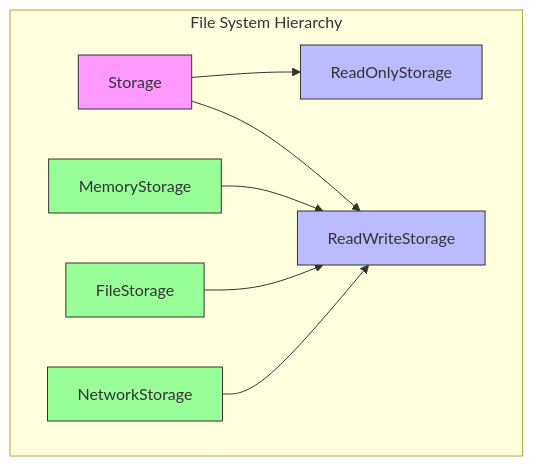
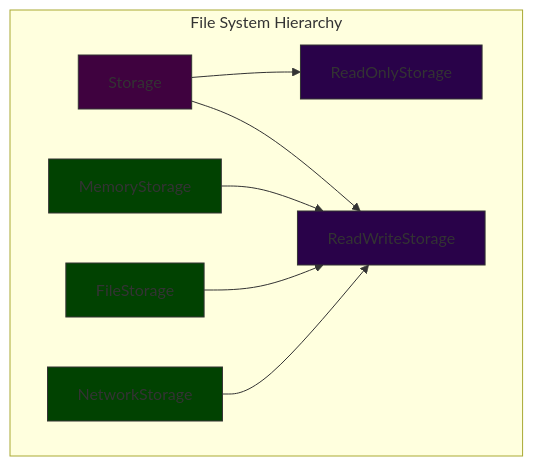
The third of 3 diagrams in LSP/README.md (hezronkimutai/solid_principles), drawn with Mermaid before and after one commit. The commit also changed other lines of this file and 5 other files, not shown here.

````diff
--- a/LSP/README.md
+++ b/LSP/README.md
@@ -188,16 +188,16 @@
 ```mermaid
 graph TD
     subgraph "File System Hierarchy"
     A[Storage] --> B[ReadOnlyStorage]
     A --> C[ReadWriteStorage]
     D[MemoryStorage] --> C
     E[FileStorage] --> C
     F[NetworkStorage] --> C
-    style A fill:#f9f,stroke:#333
-    style B fill:#bbf,stroke:#333
-    style C fill:#bbf,stroke:#333
-    style D fill:#9f9,stroke:#333
-    style E fill:#9f9,stroke:#333
-    style F fill:#9f9,stroke:#333
+    style A fill:#3f023f,stroke:#333
+    style B fill:#290249,stroke:#333
+    style C fill:#290249,stroke:#333
+    style D fill:#014201,stroke:#333
+    style E fill:#014201,stroke:#333
+    style F fill:#014201,stroke:#333
     end
 ```
````
